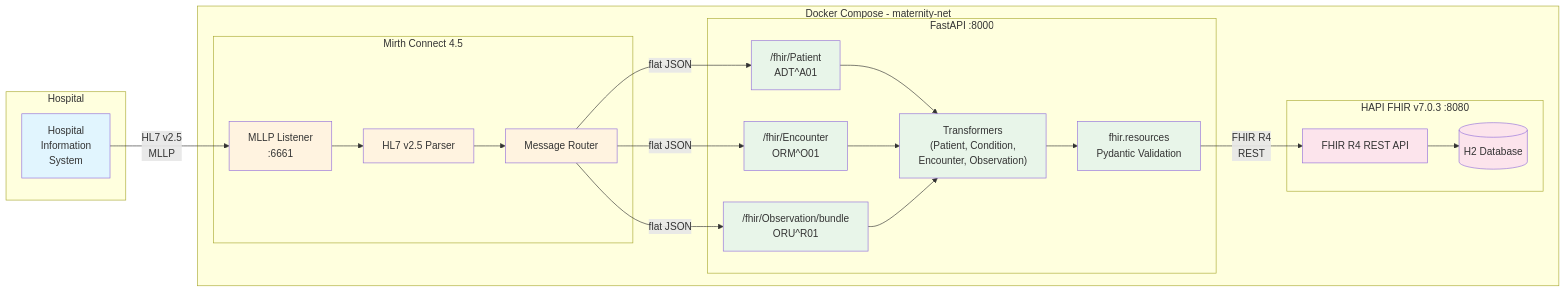
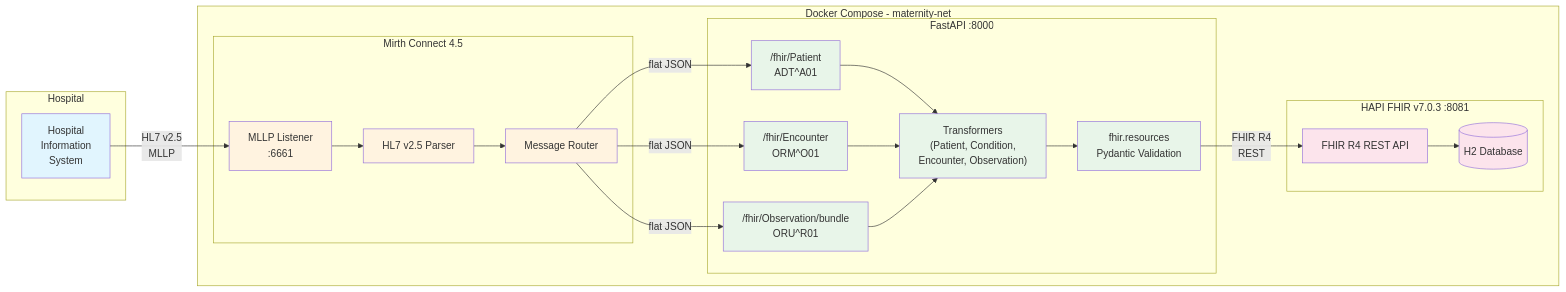
The diagram in README.md (budityw23/maternity-hl7-to-fhir-pipeline), drawn with Mermaid before and after one commit. The commit also changed other lines of this file and 8 other files, not shown here.

````diff
--- a/README.md
+++ b/README.md
@@ -11,51 +11,51 @@
 ```mermaid
 graph LR
     subgraph "Hospital"
         HIS[Hospital<br/>Information<br/>System]
     end
 
     subgraph "Docker Compose - maternity-net"
         subgraph "Mirth Connect 4.5"
             MLLP[MLLP Listener<br/>:6661]
             PARSE[HL7 v2.5 Parser]
             ROUTE[Message Router]
         end
 
         subgraph "FastAPI :8000"
             ADT["/fhir/Patient<br/>ADT^A01"]
             ORM["/fhir/Encounter<br/>ORM^O01"]
             ORU["/fhir/Observation/bundle<br/>ORU^R01"]
             XFORM["Transformers<br/>(Patient, Condition,<br/>Encounter, Observation)"]
             VALID["fhir.resources<br/>Pydantic Validation"]
         end
 
-        subgraph "HAPI FHIR v7.0.3 :8080"
+        subgraph "HAPI FHIR v7.0.3 :8081"
             FHIR[FHIR R4 REST API]
             DB[(H2 Database)]
         end
     end
 
     HIS -->|HL7 v2.5<br/>MLLP| MLLP
     MLLP --> PARSE --> ROUTE
     ROUTE -->|flat JSON| ADT
     ROUTE -->|flat JSON| ORM
     ROUTE -->|flat JSON| ORU
     ADT --> XFORM
     ORM --> XFORM
     ORU --> XFORM
     XFORM --> VALID
     VALID -->|FHIR R4<br/>REST| FHIR
     FHIR --> DB
 
     style HIS fill:#e1f5fe
     style MLLP fill:#fff3e0
     style PARSE fill:#fff3e0
     style ROUTE fill:#fff3e0
     style ADT fill:#e8f5e9
     style ORM fill:#e8f5e9
     style ORU fill:#e8f5e9
     style XFORM fill:#e8f5e9
     style VALID fill:#e8f5e9
     style FHIR fill:#fce4ec
     style DB fill:#fce4ec
 ```
````
